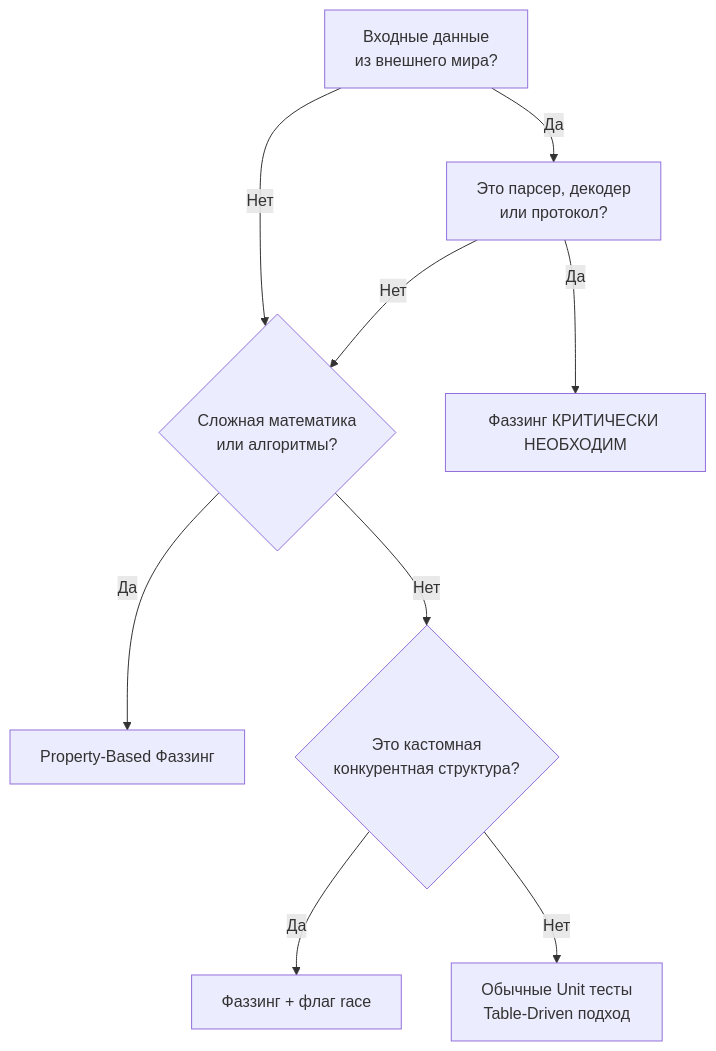
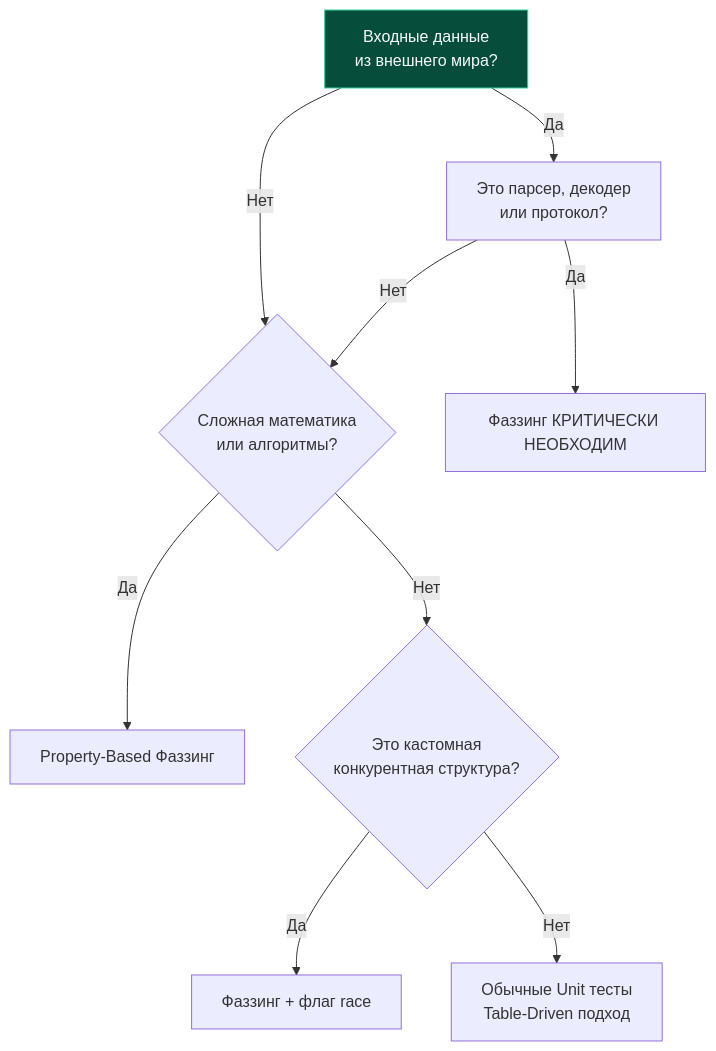
Before and after one commit to UnrealTemplier/go-textbook: the diagram in sources/15. Тестирование в Go (QA & Testing)/08. Фаззинг/5. Когда fuzzing реально нужен.md, drawn with Mermaid. The commit also changed 1666 other files, not shown here.

First line of the commit message:
feat(mermaid): add semantic color classDef to 1369 colorless flowchart/graph diagrams

````diff
--- a/sources/15. Тестирование в Go (QA & Testing)/08. Фаззинг/5. Когда fuzzing реально нужен.md
+++ b/sources/15. Тестирование в Go (QA & Testing)/08. Фаззинг/5. Когда fuzzing реально нужен.md
@@ -72,11 +72,21 @@
 ```mermaid
 flowchart TD
-    A["Входные данные<br>из внешнего мира?"] -->|"Да"| B["Это парсер, декодер<br>или протокол?"]
+    classDef process  fill:#1e293b,stroke:#38bdf8,stroke-width:1px,color:#f8fafc
+    classDef success  fill:#064e3b,stroke:#34d399,stroke-width:1px,color:#f8fafc
+    classDef error    fill:#7f1d1d,stroke:#f87171,stroke-width:1px,color:#f8fafc
+    classDef warning  fill:#78350f,stroke:#fbbf24,stroke-width:1px,color:#f8fafc
+    classDef entry    fill:#1e3a5f,stroke:#38bdf8,stroke-width:2px,color:#f8fafc
+    classDef aux      fill:#334155,stroke:#64748b,stroke-width:1px,color:#f8fafc
+    classDef system   fill:#312e81,stroke:#a78bfa,stroke-width:1px,color:#f8fafc
+    classDef data     fill:#132d29,stroke:#2dd4bf,stroke-width:1px,color:#f8fafc
+    classDef network  fill:#881337,stroke:#fb7185,stroke-width:1px,color:#f8fafc
+    classDef accent   fill:#1e1b4b,stroke:#818cf8,stroke-width:1px,color:#f8fafc
+    A["Входные данные<br>из внешнего мира?"]:::success -->|"Да"| B["Это парсер, декодер<br>или протокол?"]
     A -->|"Нет"| C{"Сложная математика<br>или алгоритмы?"}
     B -->|"Да"| D["Фаззинг КРИТИЧЕСКИ НЕОБХОДИМ"]
     B -->|"Нет"| C
     C -->|"Да"| E["Property-Based Фаззинг"]
     C -->|"Нет"| F{"Это кастомная<br>конкурентная структура?"}
     F -->|"Да"| G["Фаззинг + флаг race"]
     F -->|"Нет"| H["Обычные Unit тесты<br>Table-Driven подход"]
 ```
````
